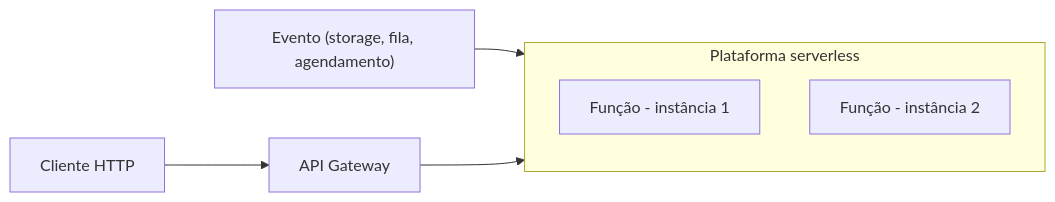
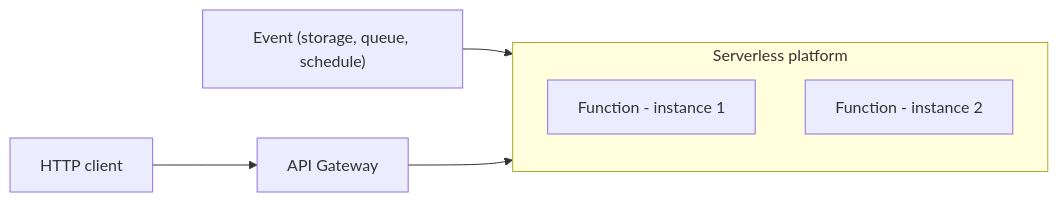
Before and after one commit to alancesar/design-patterns: the diagram in docs/architecture/microservices/deployment/serverless-deployment.md, drawn with Mermaid. The commit also changed 258 other files, not shown here.

First line of the commit message:
Translate Mermaid diagrams to English

````diff
--- a/docs/architecture/microservices/deployment/serverless-deployment.md
+++ b/docs/architecture/microservices/deployment/serverless-deployment.md
@@ -54,10 +54,10 @@
 ```mermaid
 flowchart LR
-    Cli["Cliente HTTP"] --> GW["API Gateway"]
-    Evt["Evento (storage, fila, agendamento)"] --> Plat
+    Cli["HTTP client"] --> GW["API Gateway"]
+    Evt["Event (storage, queue, schedule)"] --> Plat
     GW --> Plat
-    subgraph Plat["Plataforma serverless"]
-        F1["Função - instância 1"]
-        F2["Função - instância 2"]
+    subgraph Plat["Serverless platform"]
+        F1["Function - instance 1"]
+        F2["Function - instance 2"]
     end
 ```
````
